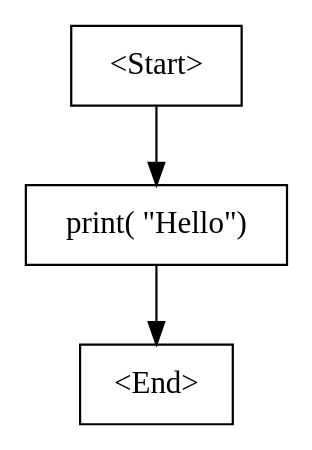
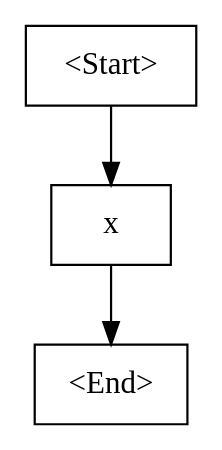
Before and after one commit to Aylin-ai/CompilerCSharp: the diagram in InterpreterCSharp/bin/Debug/net8.0/cfg.dot, drawn with Graphviz. The commit also changed 29 other files, not shown here.

```diff
--- a/InterpreterCSharp/bin/Debug/net8.0/cfg.dot
+++ b/InterpreterCSharp/bin/Debug/net8.0/cfg.dot
@@ -1,7 +1,7 @@
 digraph G {
     N0 [label = "<Start>", shape = box]
-    N1 [label = "print( \"Hello\")", shape = box]
+    N1 [label = "x", shape = box]
     N2 [label = "<End>", shape = box]
     N0 -> N1 [label = ""]
     N1 -> N2 [label = ""]
 }
```
